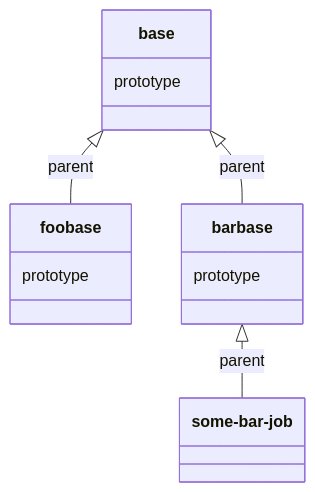
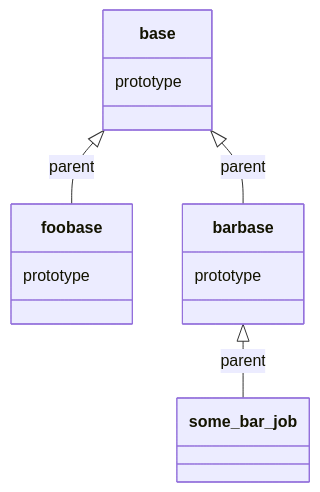
Before and after one commit to statisticsnorway/dapla-dev: the diagram in content/en/docs/data-conversion/converter-apps/converter-app-config.md, drawn with Mermaid. The commit also changed other lines of this file, not shown here.

Commit message:
Update example job config

````diff
--- a/content/en/docs/data-conversion/converter-apps/converter-app-config.md
+++ b/content/en/docs/data-conversion/converter-apps/converter-app-config.md
@@ -384,9 +384,9 @@
 ```mermaid
 classDiagram
 base <|-- foobase : parent
 base <|-- barbase : parent
-barbase <|-- some-bar-job : parent
+barbase <|-- some_bar_job : parent
 base : prototype
 foobase : prototype
 barbase : prototype
 ```
````
